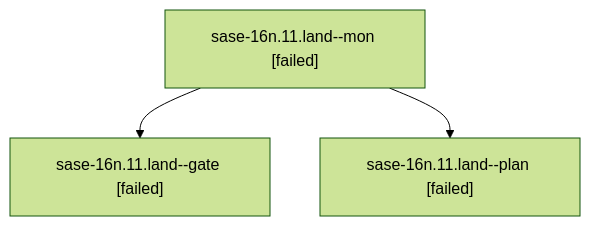
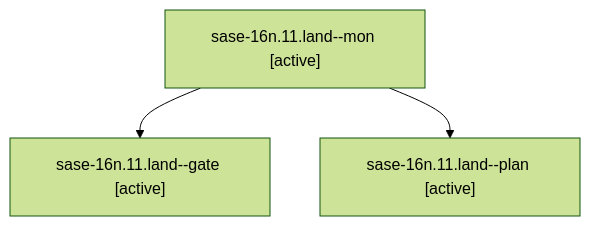
The diagram in families/bbugyi200.athena.sase-16n.11.land.md (sase-org/sase--agents), drawn with Mermaid (forest theme) before and after one commit. The commit also changed other lines of this file and 35830 other files, not shown here.

````diff
--- a/families/bbugyi200.athena.sase-16n.11.land.md
+++ b/families/bbugyi200.athena.sase-16n.11.land.md
@@ -9,8 +9,8 @@
 ```mermaid
 flowchart TD
-  n0["sase-16n.11.land--mon [failed]"]
-  n1["sase-16n.11.land--gate [failed]"]
+  n0["sase-16n.11.land--mon [active]"]
+  n1["sase-16n.11.land--gate [active]"]
   n0 --> n1
-  n2["sase-16n.11.land--plan [failed]"]
+  n2["sase-16n.11.land--plan [active]"]
   n0 --> n2
 ```
````
